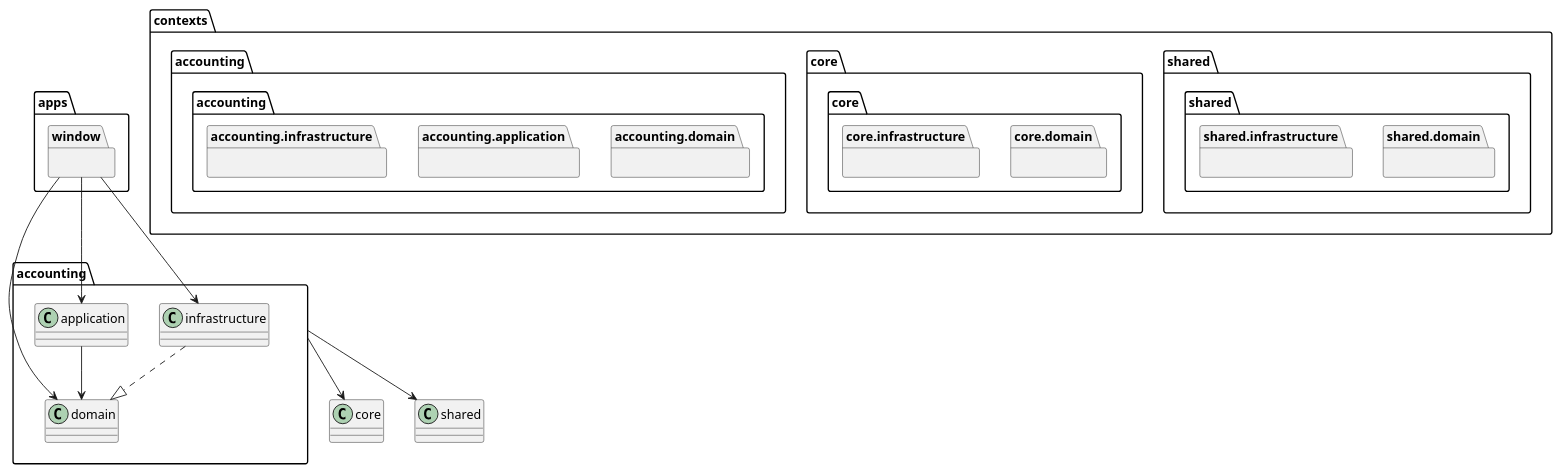
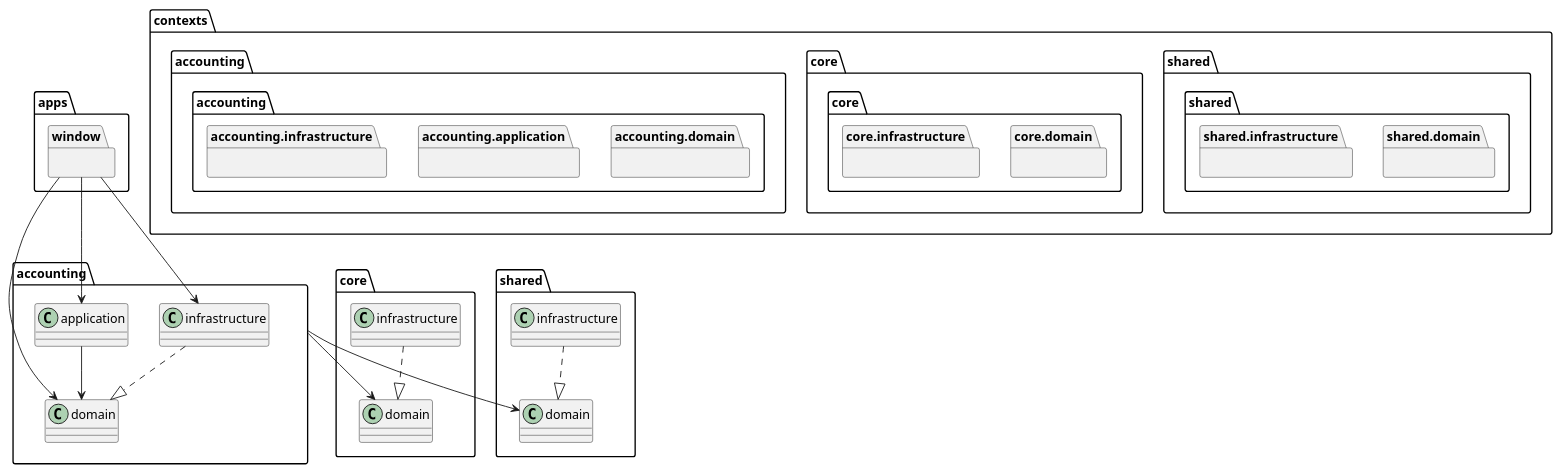
Before and after one commit to fraylopez/hex-arch-course: the diagram in packages/04_dddbank/docs/src/window-packages.puml, drawn with PlantUML. The commit also changed 63 other files, not shown here.

```diff
--- a/packages/04_dddbank/docs/src/window-packages.puml
+++ b/packages/04_dddbank/docs/src/window-packages.puml
@@ -1,35 +1,35 @@
 @startuml
 package apps {
   package window{}
 }
 
 package contexts {
    package shared{
     package shared.domain{}
     package shared.infrastructure{}
   }
   package core{
     package core.domain{}
     package core.infrastructure{}
   }
 
   package accounting{
     package accounting.domain{}
     package accounting.application{}
     package accounting.infrastructure{}
   }
 }
 
 window --> accounting.infrastructure
 window --> accounting.application
 window --> accounting.domain
 accounting.application --> accounting.domain
 accounting.infrastructure ..|> accounting.domain
 
-accounting --> core
-accounting --> shared
+accounting --> core.domain
+accounting --> shared.domain
 
 core.infrastructure ..|> core.domain
 shared.infrastructure ..|> shared.domain
 
 @enduml
```
